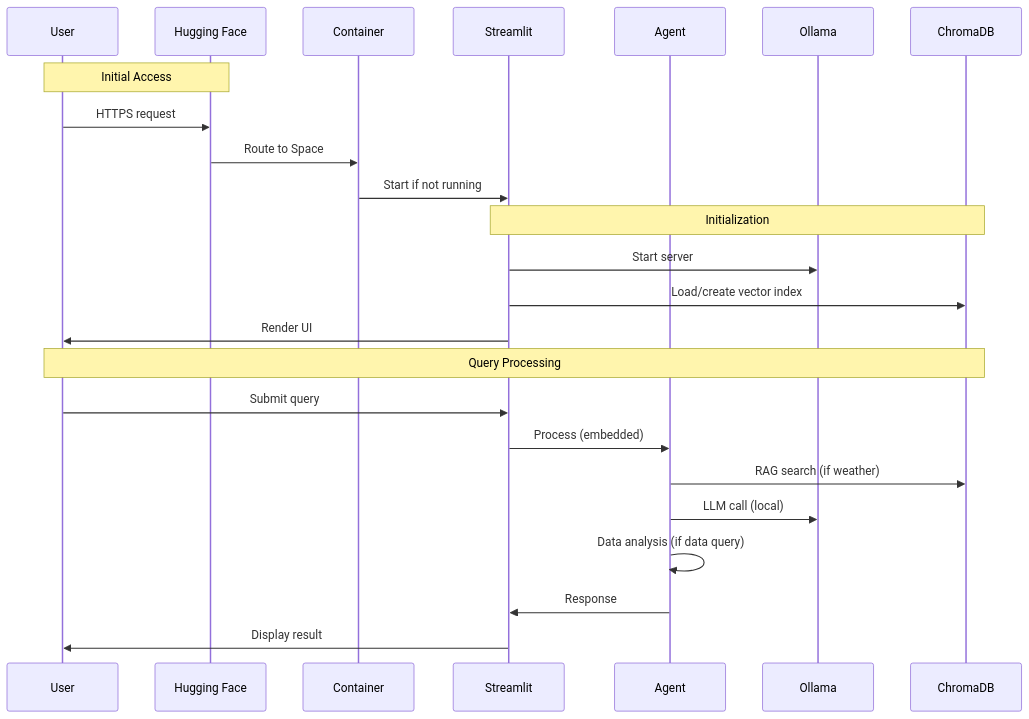
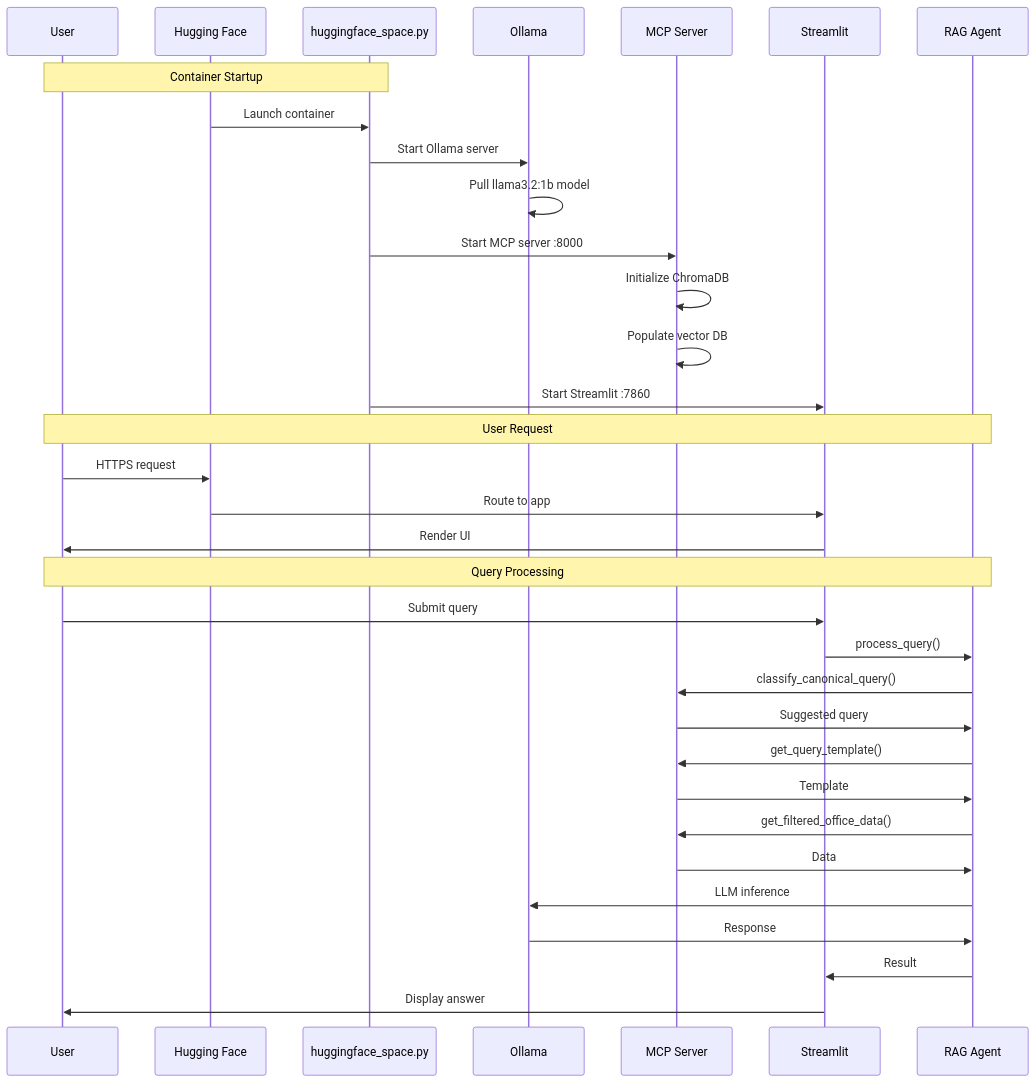
Before and after one commit to skillrepos/ai-3in1: the fourth of 7 diagrams in docs/architecture-lab9.md, drawn with Mermaid. The commit also changed other lines of this file, not shown here.

````diff
--- a/docs/architecture-lab9.md
+++ b/docs/architecture-lab9.md
@@ -196,29 +224,38 @@
 ```mermaid
 sequenceDiagram
     participant User
     participant HF as Hugging Face
-    participant Container
+    participant Startup as huggingface_space.py
+    participant Ollama
+    participant MCP as MCP Server
     participant Streamlit
-    participant Agent
-    participant Ollama
-    participant DB as ChromaDB
+    participant Agent as RAG Agent
 
-    Note over User,HF: Initial Access
+    Note over User,Startup: Container Startup
+    HF->>Startup: Launch container
+    Startup->>Ollama: Start Ollama server
+    Ollama->>Ollama: Pull llama3.2:1b model
+    Startup->>MCP: Start MCP server :8000
+    MCP->>MCP: Initialize ChromaDB
+    MCP->>MCP: Populate vector DB
+    Startup->>Streamlit: Start Streamlit :7860
+
+    Note over User,Agent: User Request
     User->>HF: HTTPS request
-    HF->>Container: Route to Space
-    Container->>Streamlit: Start if not running
-
-    Note over Streamlit,DB: Initialization
-    Streamlit->>Ollama: Start server
-    Streamlit->>DB: Load/create vector index
+    HF->>Streamlit: Route to app
     Streamlit->>User: Render UI
 
-    Note over User,DB: Query Processing
+    Note over User,Agent: Query Processing
     User->>Streamlit: Submit query
-    Streamlit->>Agent: Process (embedded)
-    Agent->>DB: RAG search (if weather)
-    Agent->>Ollama: LLM call (local)
-    Agent->>Agent: Data analysis (if data query)
-    Agent->>Streamlit: Response
-    Streamlit->>User: Display result
+    Streamlit->>Agent: process_query()
+    Agent->>MCP: classify_canonical_query()
+    MCP->>Agent: Suggested query
+    Agent->>MCP: get_query_template()
+    MCP->>Agent: Template
+    Agent->>MCP: get_filtered_office_data()
+    MCP->>Agent: Data
+    Agent->>Ollama: LLM inference
+    Ollama->>Agent: Response
+    Agent->>Streamlit: Result
+    Streamlit->>User: Display answer
 ```
````
